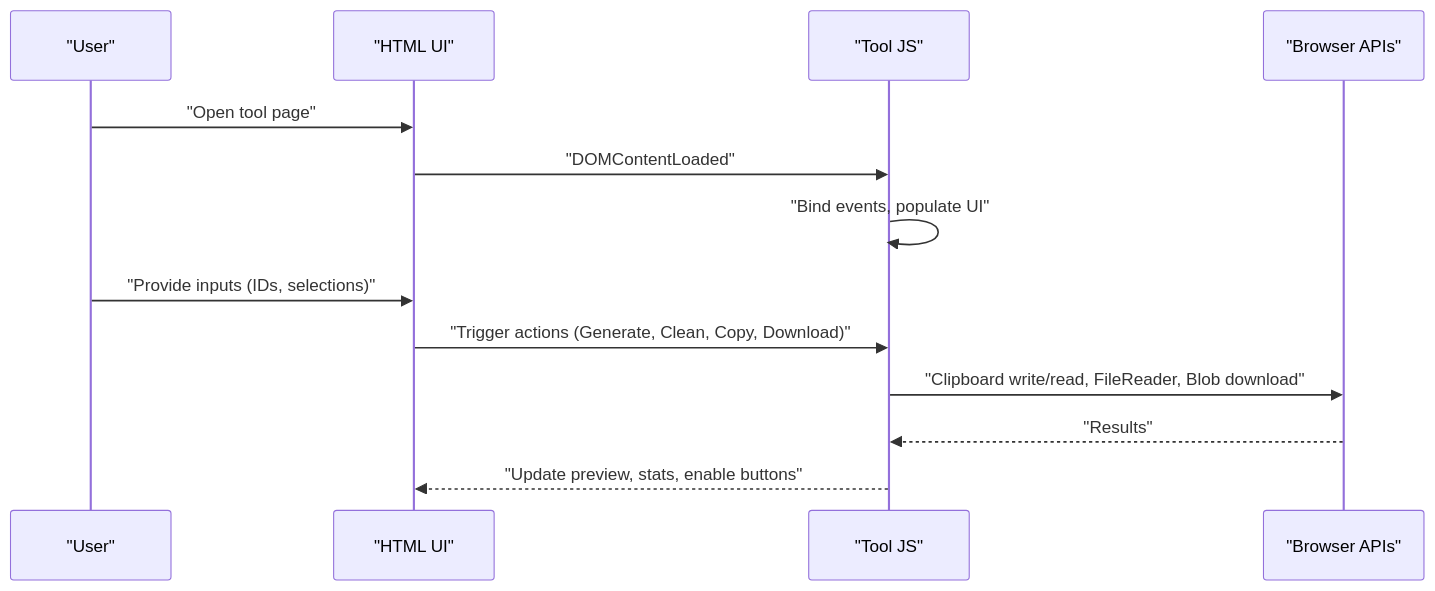
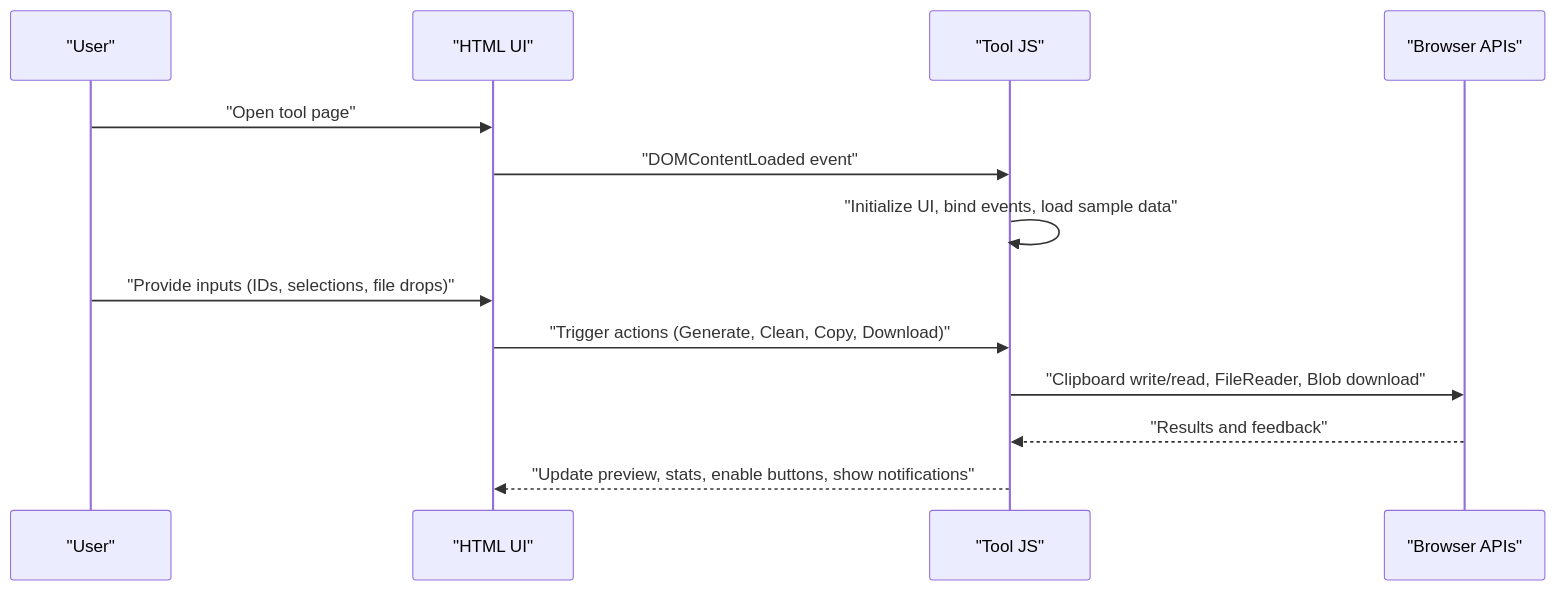
The second of 6 diagrams in .qoder/repowiki/en/content/Administrative Tools/Administrative Tools.md (escaleraalcielo/developer-utilities), drawn with Mermaid before and after one commit. The commit also changed other lines of this file and 6 other files, not shown here.

````diff
--- a/.qoder/repowiki/en/content/Administrative Tools/Administrative Tools.md
+++ b/.qoder/repowiki/en/content/Administrative Tools/Administrative Tools.md
@@ -85,15 +119,15 @@
 ```mermaid
 sequenceDiagram
 participant U as "User"
 participant UI as "HTML UI"
 participant JS as "Tool JS"
 participant Browser as "Browser APIs"
 U->>UI : "Open tool page"
-UI->>JS : "DOMContentLoaded"
-JS->>JS : "Bind events, populate UI"
-U->>UI : "Provide inputs (IDs, selections)"
+UI->>JS : "DOMContentLoaded event"
+JS->>JS : "Initialize UI, bind events, load sample data"
+U->>UI : "Provide inputs (IDs, selections, file drops)"
 UI->>JS : "Trigger actions (Generate, Clean, Copy, Download)"
 JS->>Browser : "Clipboard write/read, FileReader, Blob download"
-Browser-->>JS : "Results"
-JS-->>UI : "Update preview, stats, enable buttons"
+Browser-->>JS : "Results and feedback"
+JS-->>UI : "Update preview, stats, enable buttons, show notifications"
 ```
````
